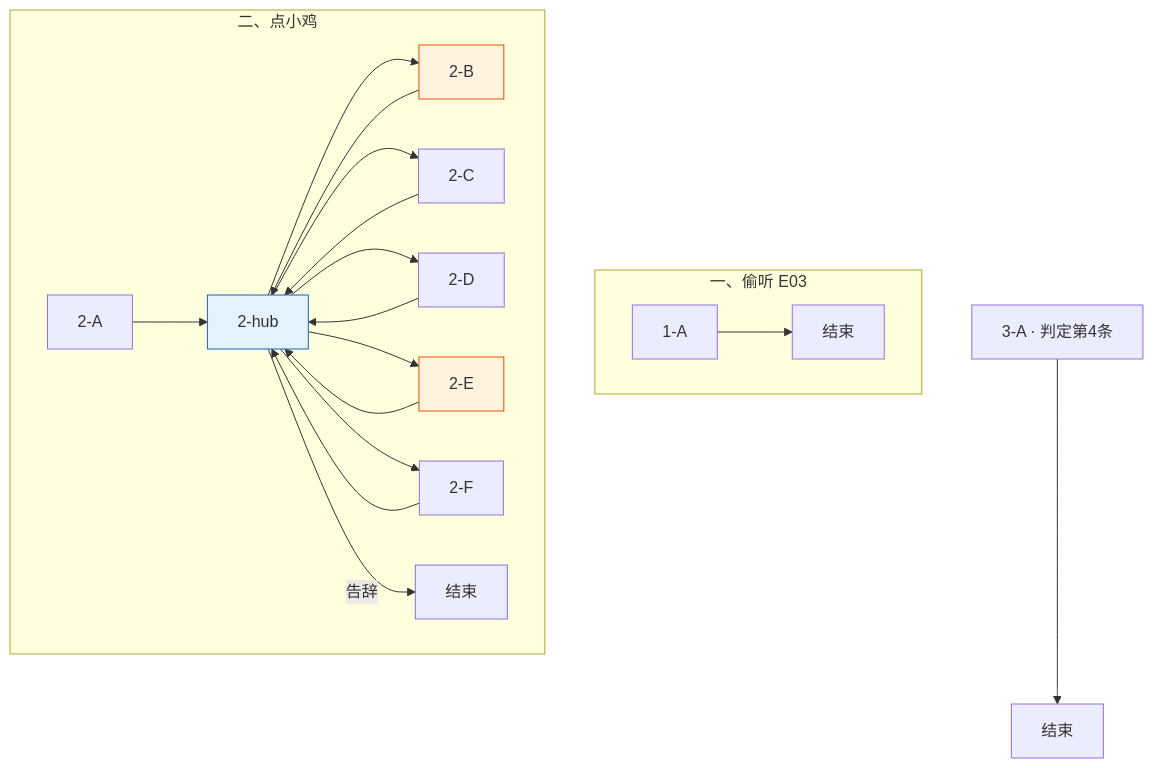
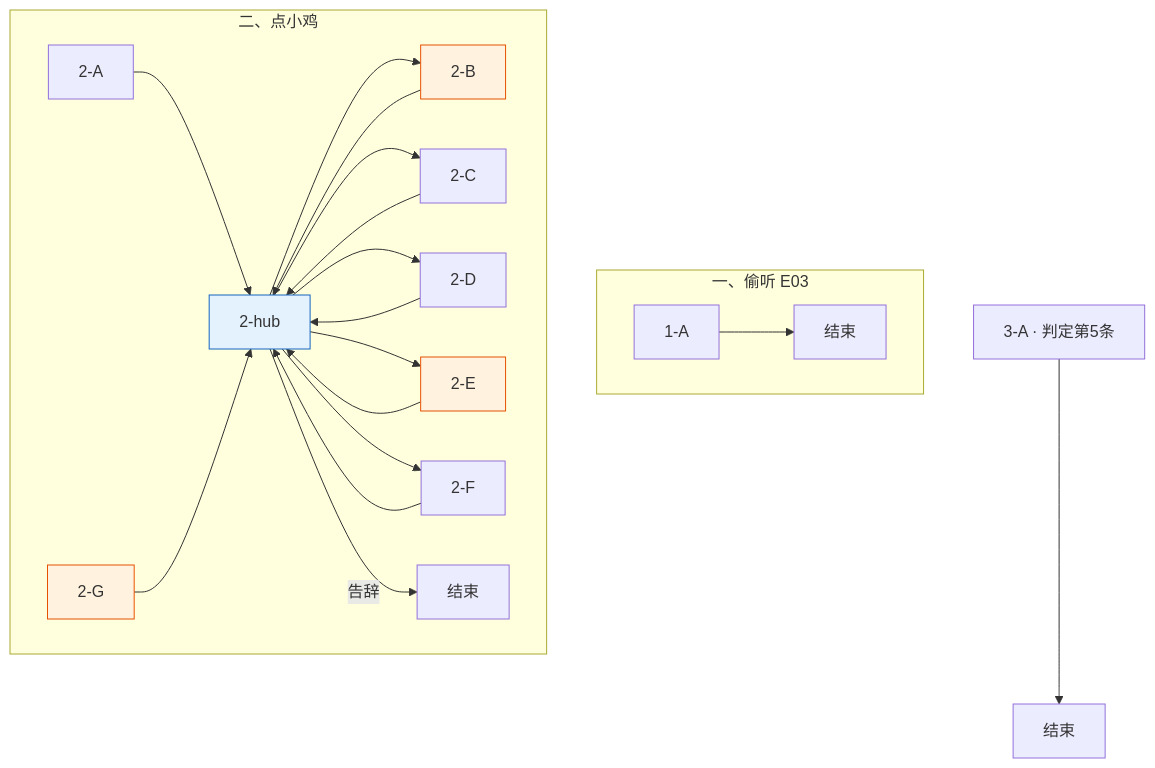
One commit to minnnpannn9585/XiaoHuoRen_EggRescue changed the diagram in MissingEggDoc-main/docs/characters/小鸡侦探团-对话脚本-树状.md. Above: the diagram before and after it, drawn with Mermaid. The commit also changed other lines of this file and 42 other files, not shown here.

````diff
--- a/MissingEggDoc-main/docs/characters/小鸡侦探团-对话脚本-树状.md
+++ b/MissingEggDoc-main/docs/characters/小鸡侦探团-对话脚本-树状.md
@@ -39,38 +40,40 @@
 ```mermaid
 flowchart TD
   subgraph S1 ["一、偷听 E03"]
     EA["1-A"]
     EA --> X0[结束]
   end
 
   subgraph S2 ["二、点小鸡"]
     ZA["2-A"]
     HUB["2-hub"]
     B["2-B"]
     C["2-C"]
     D["2-D"]
     E["2-E"]
     F["2-F"]
+    G["2-G"]
 
     ZA --> HUB
     HUB --> B
     HUB --> C
     HUB --> D
     HUB --> E
     HUB --> F
+    G --> HUB
     B --> HUB
     C --> HUB
     D --> HUB
     E --> HUB
     F --> HUB
     HUB -->|告辞| X1[结束]
   end
 
-  PA["3-A · 判定第4条"]
+  PA["3-A · 判定第5条"]
   PA --> X2[结束]
 
   classDef key fill:#fff3e0,stroke:#e65100
   classDef hub fill:#e3f2fd,stroke:#1565c0
-  class B,E key
+  class B,E,G key
   class HUB hub
 ```
````
